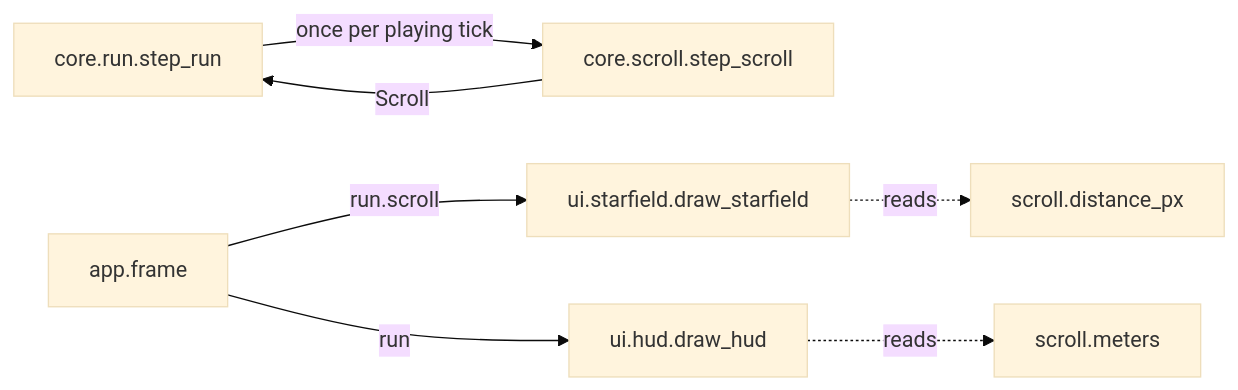
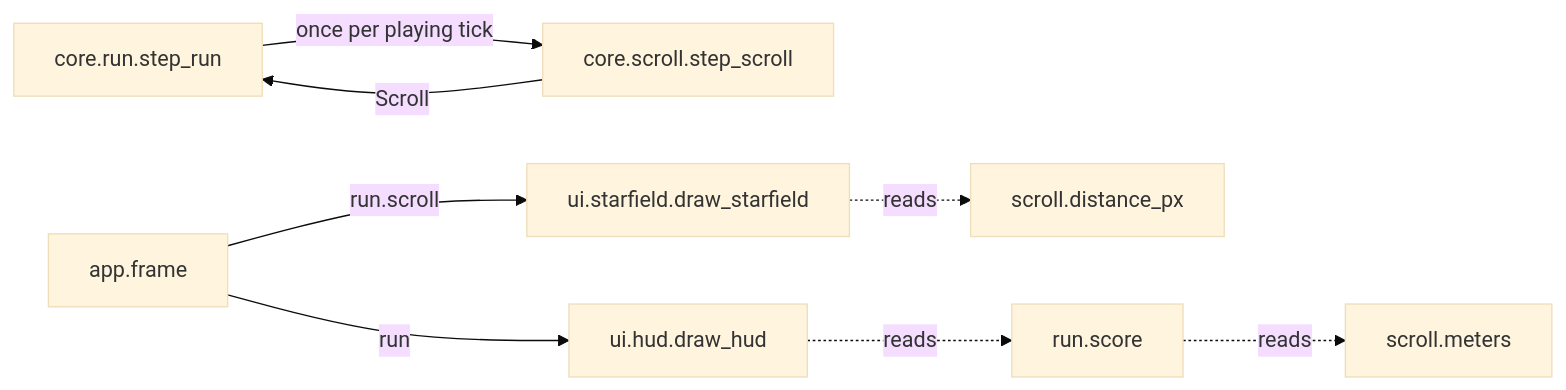
Before and after one commit to david-mntl/driftward-ace: the second of 2 diagrams in docs/contracts/systems/scroll.md, drawn with Mermaid (base theme). The commit also changed other lines of this file and 38 other files, not shown here.

````diff
--- a/docs/contracts/systems/scroll.md
+++ b/docs/contracts/systems/scroll.md
@@ -31,9 +31,10 @@
 ```mermaid
 flowchart LR
   RUN["core.run.step_run"] -- "once per playing tick" --> STEP["core.scroll.step_scroll"]
   STEP -- "Scroll" --> RUN
   APP["app.frame"] -- "run.scroll" --> SF["ui.starfield.draw_starfield"]
   APP -- "run" --> HUD["ui.hud.draw_hud"]
   SF -. reads .-> D["scroll.distance_px"]
-  HUD -. reads .-> M["scroll.meters"]
+  HUD -. reads .-> SC["run.score"]
+  SC -. reads .-> M["scroll.meters"]
 ```
````
